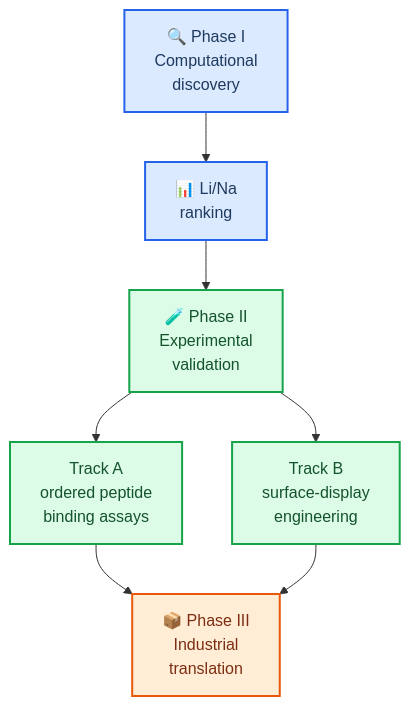
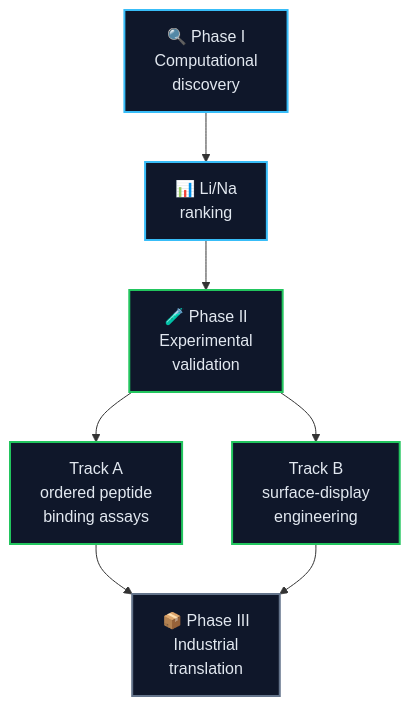
Before and after one commit to jackyissocute/LiSPER: the second of 5 diagrams in README.md, drawn with Mermaid. The commit also changed other lines of this file and 10 other files, not shown here.

````diff
--- a/README.md
+++ b/README.md
@@ -80,26 +81,26 @@
 ```mermaid
 flowchart TD
     accTitle: LiSPER Three-Phase Roadmap
     accDescr: LiSPER moves from computational discovery to ordered synthetic peptide binding assays, then surface-display engineering, and finally industrial translation.
 
     phase_one["🔍 Phase I<br/>Computational<br/>discovery"]
     rank["📊 Li/Na<br/>ranking"]
     phase_two["🧪 Phase II<br/>Experimental<br/>validation"]
     track_a["Track A<br/>ordered peptide<br/>binding assays"]
     track_b["Track B<br/>surface-display<br/>engineering"]
     phase_three["📦 Phase III<br/>Industrial<br/>translation"]
 
     phase_one --> rank
     rank --> phase_two
     phase_two --> track_a
     phase_two --> track_b
     track_a --> phase_three
     track_b --> phase_three
 
-    classDef computational fill:#dbeafe,stroke:#2563eb,stroke-width:2px,color:#1e3a5f
-    classDef experimental fill:#dcfce7,stroke:#16a34a,stroke-width:2px,color:#14532d
-    classDef industrial fill:#ffedd5,stroke:#ea580c,stroke-width:2px,color:#7c2d12
+    classDef computational fill:#0F172A,stroke:#38BDF8,stroke-width:2px,color:#E2E8F0
+    classDef experimental fill:#0F172A,stroke:#22C55E,stroke-width:2px,color:#E2E8F0
+    classDef industrial fill:#0F172A,stroke:#64748B,stroke-width:2px,color:#E2E8F0
     class phase_one,rank computational
     class phase_two,track_a,track_b experimental
     class phase_three industrial
 ```
````
